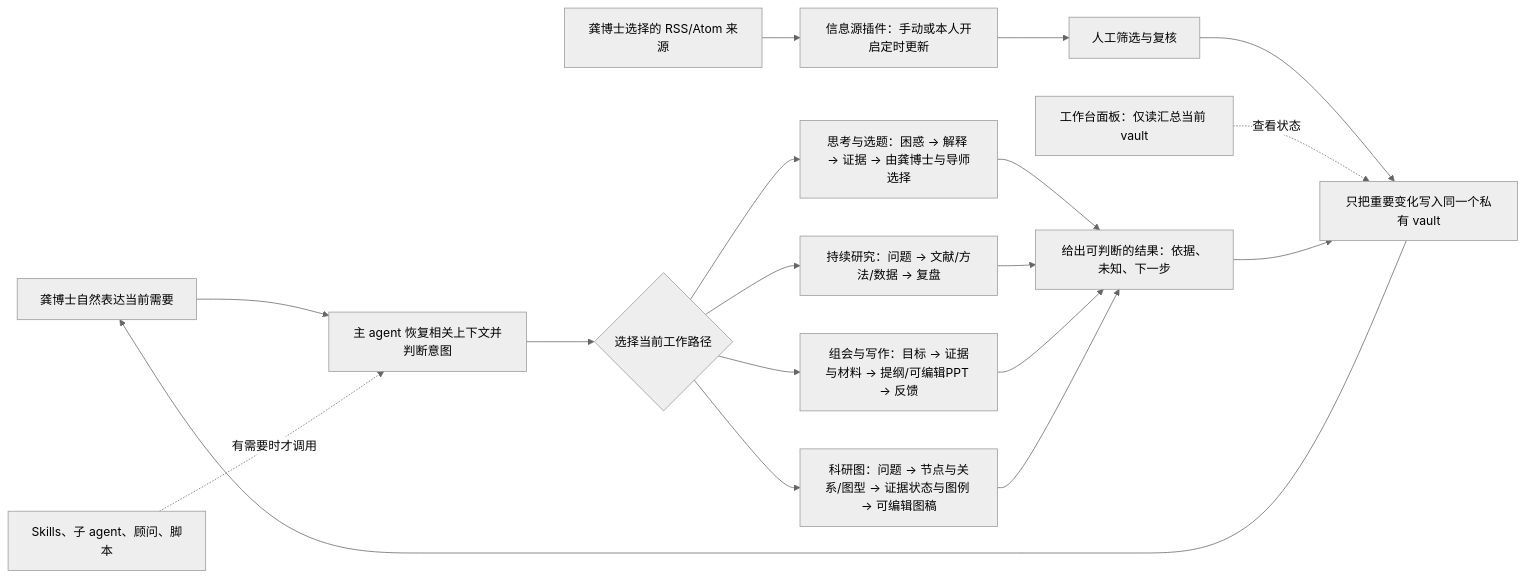
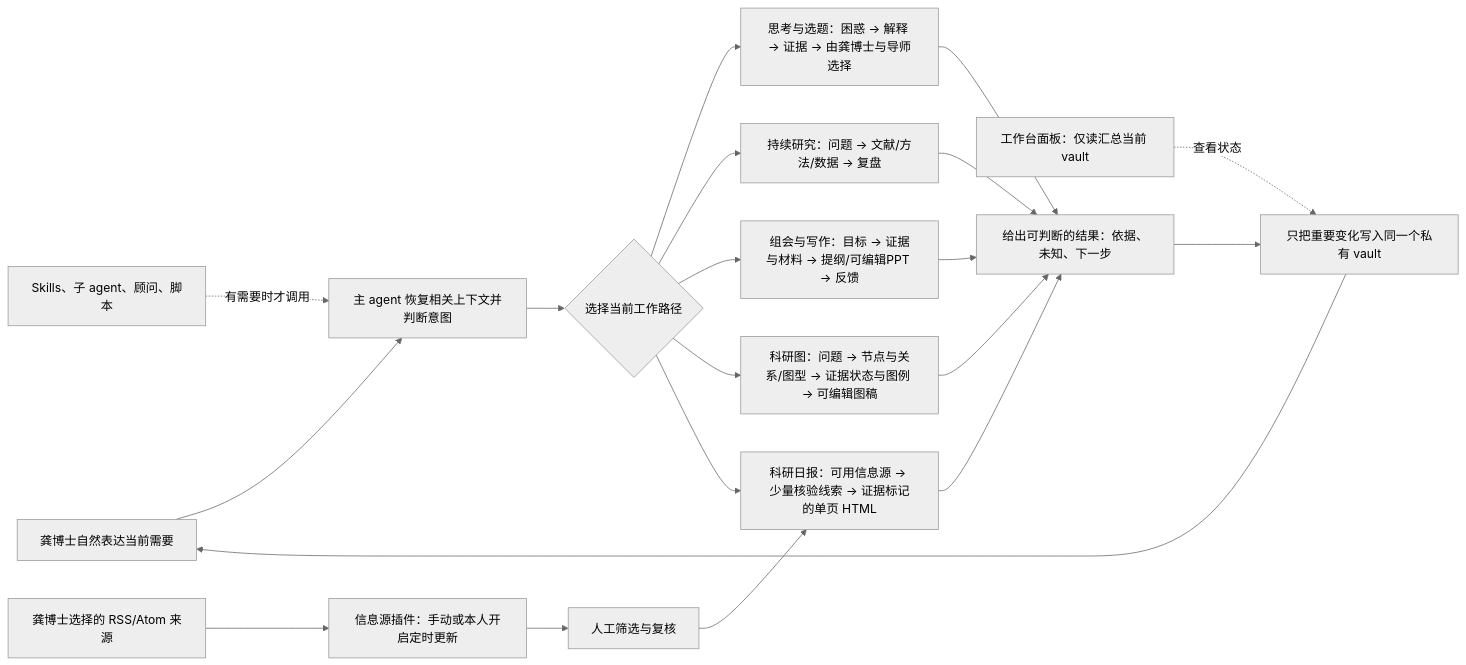
One commit to youir/danta-research-workbench changed the diagram in 08_完整体系架构.md. Above: the diagram before and after it, drawn with Mermaid (neutral theme). The commit also changed other lines of this file and 26 other files, not shown here.

````diff
--- a/08_完整体系架构.md
+++ b/08_完整体系架构.md
@@ -11,20 +11,22 @@
 ```mermaid
 flowchart LR
     U[龚博士自然表达当前需要] --> R[主 agent 恢复相关上下文并判断意图]
     R --> W{选择当前工作路径}
     W --> I[思考与选题：困惑 → 解释 → 证据 → 由龚博士与导师选择]
     W --> D[持续研究：问题 → 文献/方法/数据 → 复盘]
     W --> M[组会与写作：目标 → 证据与材料 → 提纲/可编辑PPT → 反馈]
     W --> F[科研图：问题 → 节点与关系/图型 → 证据状态与图例 → 可编辑图稿]
+    W --> B[科研日报：可用信息源 → 少量核验线索 → 证据标记的单页 HTML]
     S1[龚博士选择的 RSS/Atom 来源] --> C[信息源插件：手动或本人开启定时更新]
     C --> H[人工筛选与复核]
-    H --> P
+    H --> B
     V[工作台面板：仅读汇总当前 vault] -. 查看状态 .-> P
     I --> O[给出可判断的结果：依据、未知、下一步]
     D --> O
     M --> O
     F --> O
+    B --> O
     O --> P[只把重要变化写入同一个私有 vault]
     P --> U
     S[Skills、子 agent、顾问、脚本] -. 有需要时才调用 .-> R
 ```
````
